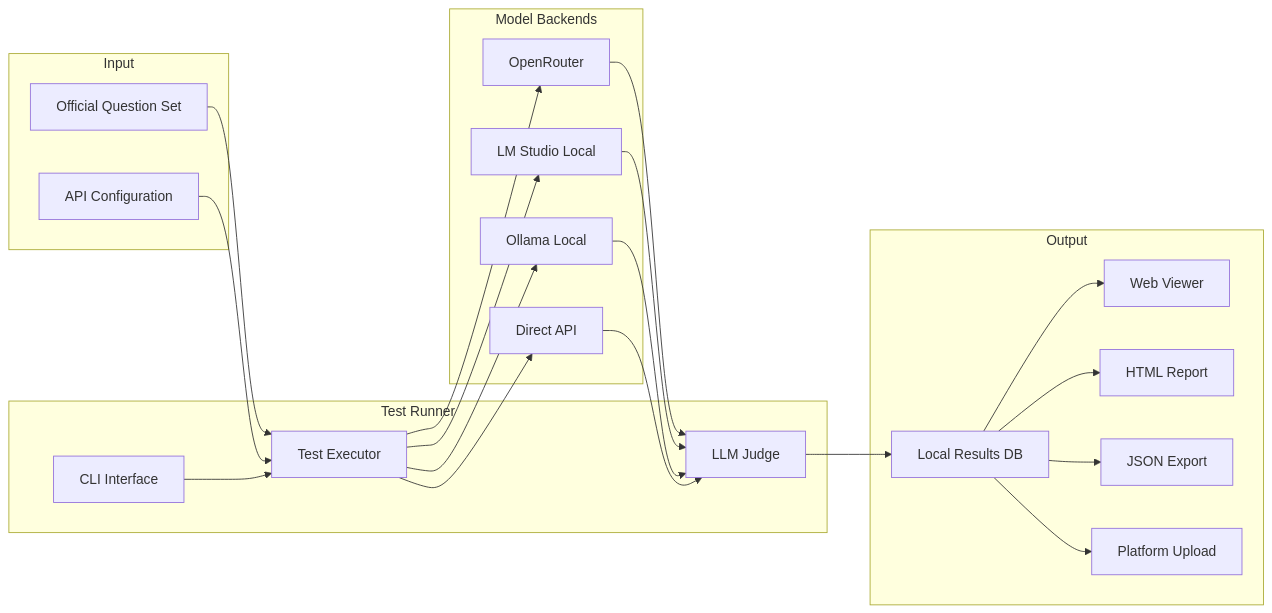
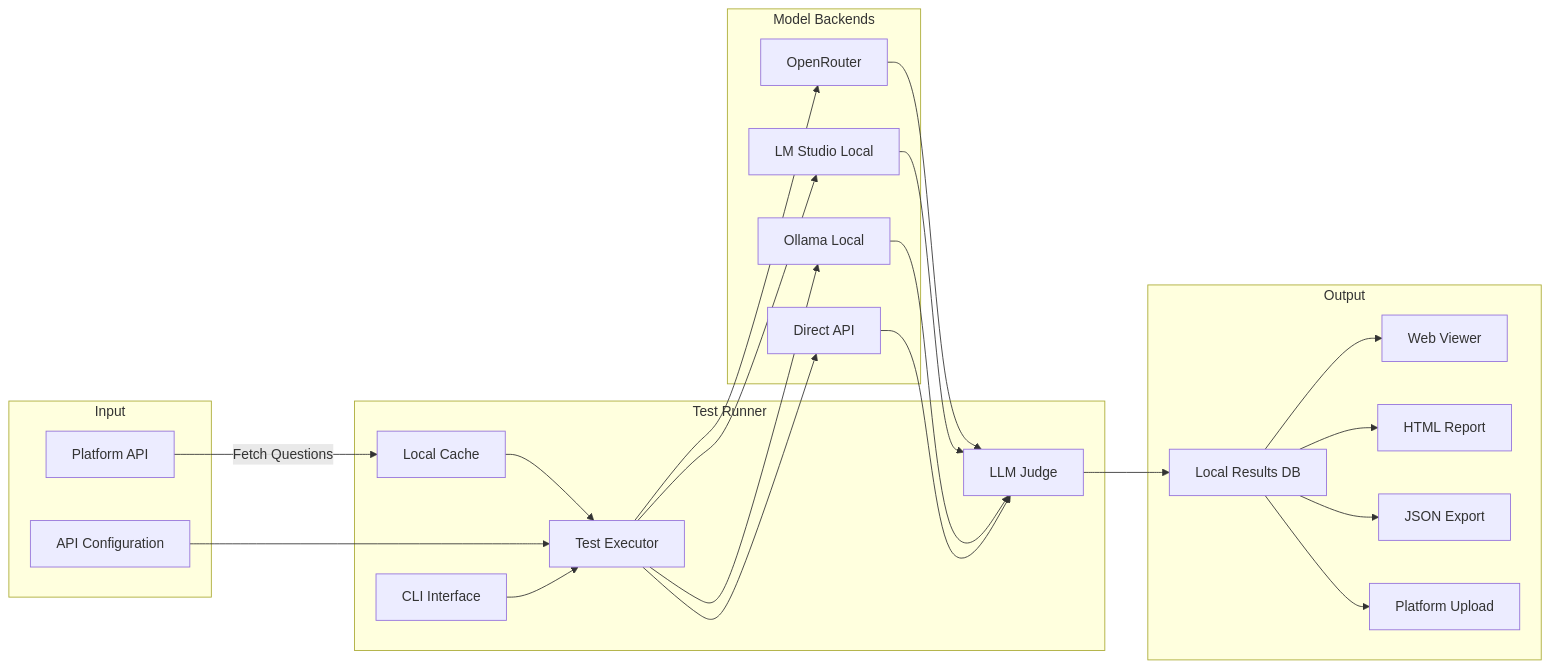
One commit to GospelAmbition/great-commission-benchmark changed the diagram in benchmark/cli-runner-specifications.md. Above: the diagram before and after it, drawn with Mermaid. The commit also changed other lines of this file and 82 other files, not shown here.

````diff
--- a/benchmark/cli-runner-specifications.md
+++ b/benchmark/cli-runner-specifications.md
@@ -63,45 +63,47 @@
 ```mermaid
 flowchart LR
     subgraph input [Input]
-        QS[Official Question Set]
+        PlatformAPI[Platform API]
         Config[API Configuration]
     end
     
     subgraph runner [Test Runner]
         CLI[CLI Interface]
+        Cache[Local Cache]
         Runner[Test Executor]
         Judge[LLM Judge]
     end
     
     subgraph backends [Model Backends]
         OR[OpenRouter]
         LMStudio[LM Studio Local]
         Ollama[Ollama Local]
         Direct[Direct API]
     end
     
     subgraph output [Output]
         Local[Local Results DB]
         Viewer[Web Viewer]
         Report[HTML Report]
         Export[JSON Export]
         Upload[Platform Upload]
     end
     
-    QS --> Runner
+    PlatformAPI -->|Fetch Questions| Cache
+    Cache --> Runner
     Config --> Runner
     CLI --> Runner
     Runner --> OR
     Runner --> LMStudio
     Runner --> Ollama
     Runner --> Direct
     OR --> Judge
     LMStudio --> Judge
     Ollama --> Judge
     Direct --> Judge
     Judge --> Local
     Local --> Viewer
     Local --> Report
     Local --> Export
     Local --> Upload
 ```
````
